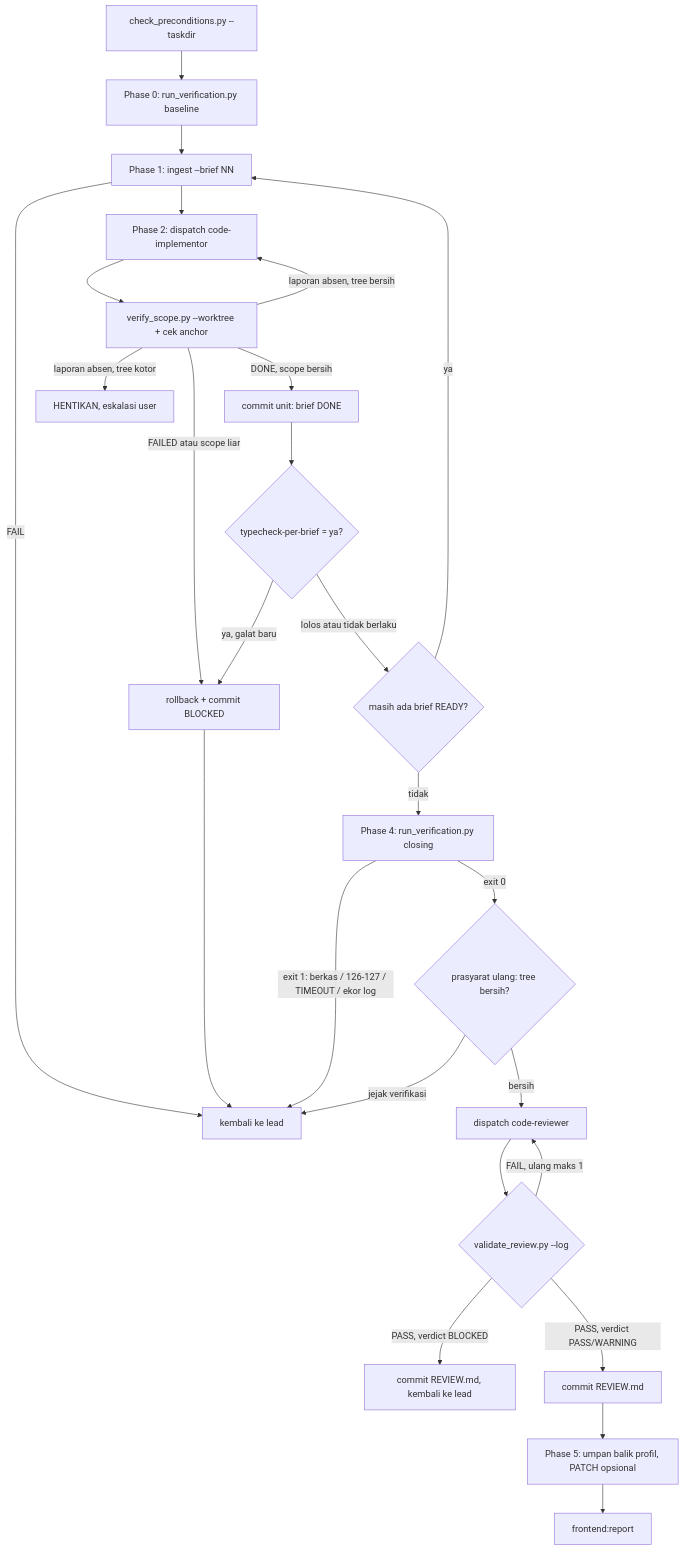
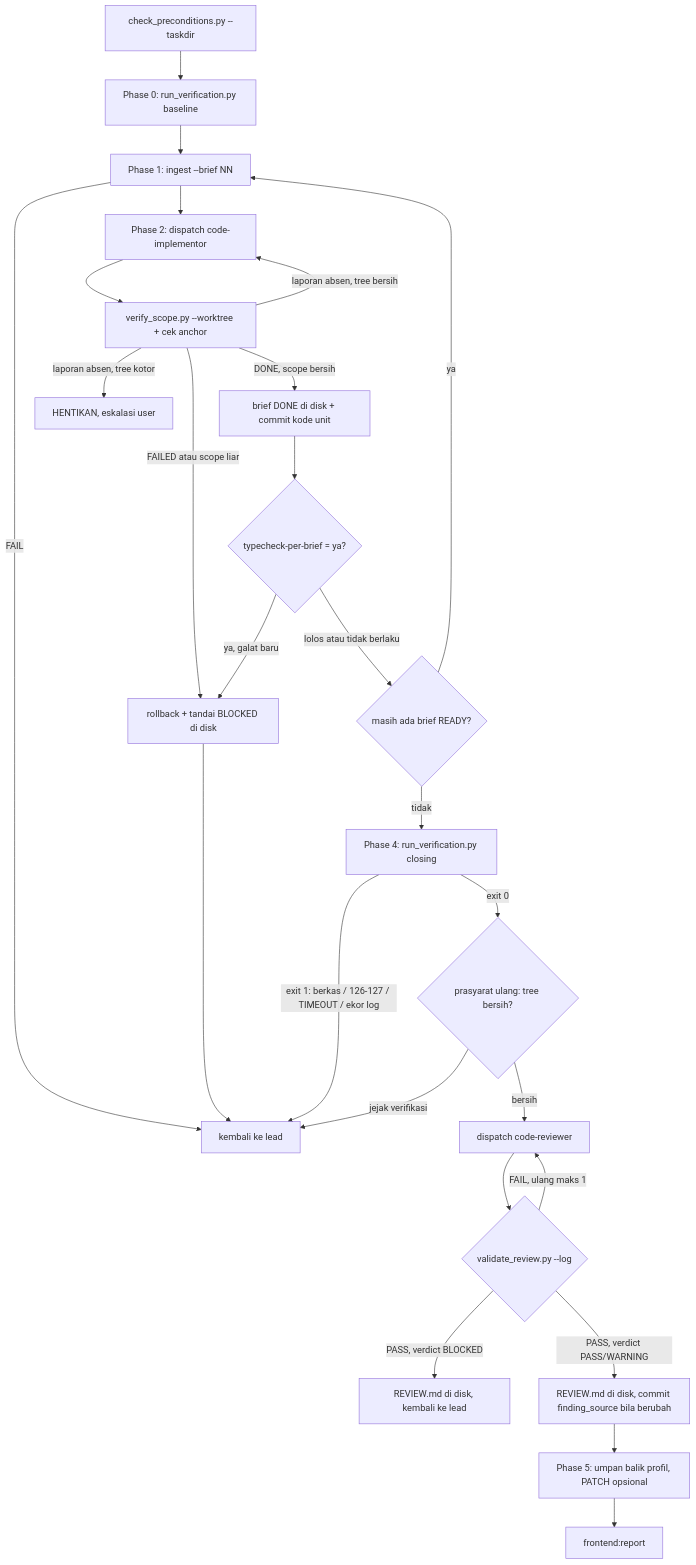
The fifth of 8 diagrams in flow/frontend.md (nataflow/agentic-workflow), drawn with Mermaid before and after one commit. The commit also changed other lines of this file and 4 other files, not shown here.

````diff
--- a/flow/frontend.md
+++ b/flow/frontend.md
@@ -451,28 +458,28 @@
 ```mermaid
 flowchart TD
     PRE["check_preconditions.py --taskdir"] --> BASE["Phase 0: run_verification.py baseline"]
     BASE --> ING["Phase 1: ingest --brief NN"]
     ING -->|"FAIL"| STOP["kembali ke lead"]
     ING --> DIS["Phase 2: dispatch code-implementor"]
     DIS --> VS["verify_scope.py --worktree + cek anchor"]
-    VS -->|"DONE, scope bersih"| CU["commit unit: brief DONE"]
-    VS -->|"FAILED atau scope liar"| CB["rollback + commit BLOCKED"]
+    VS -->|"DONE, scope bersih"| CU["brief DONE di disk + commit kode unit"]
+    VS -->|"FAILED atau scope liar"| CB["rollback + tandai BLOCKED di disk"]
     VS -->|"laporan absen, tree bersih"| DIS
     VS -->|"laporan absen, tree kotor"| HALT["HENTIKAN, eskalasi user"]
     CU --> TC{"typecheck-per-brief = ya?"}
     TC -->|"ya, galat baru"| CB
     TC -->|"lolos atau tidak berlaku"| NEXT{"masih ada brief READY?"}
     NEXT -->|"ya"| ING
     NEXT -->|"tidak"| CLS["Phase 4: run_verification.py closing"]
     CB --> STOP
     CLS -->|"exit 1: berkas / 126-127 / TIMEOUT / ekor log"| STOP
     CLS -->|"exit 0"| TR{"prasyarat ulang: tree bersih?"}
     TR -->|"jejak verifikasi"| STOP
     TR -->|"bersih"| REV["dispatch code-reviewer"]
     REV --> VR{"validate_review.py --log"}
     VR -->|"FAIL, ulang maks 1"| REV
-    VR -->|"PASS, verdict BLOCKED"| CBR["commit REVIEW.md, kembali ke lead"]
-    VR -->|"PASS, verdict PASS/WARNING"| CR["commit REVIEW.md"]
+    VR -->|"PASS, verdict BLOCKED"| CBR["REVIEW.md di disk, kembali ke lead"]
+    VR -->|"PASS, verdict PASS/WARNING"| CR["REVIEW.md di disk, commit finding_source bila berubah"]
     CR --> FB["Phase 5: umpan balik profil, PATCH opsional"]
     FB --> RPT["frontend:report"]
 ```
````
